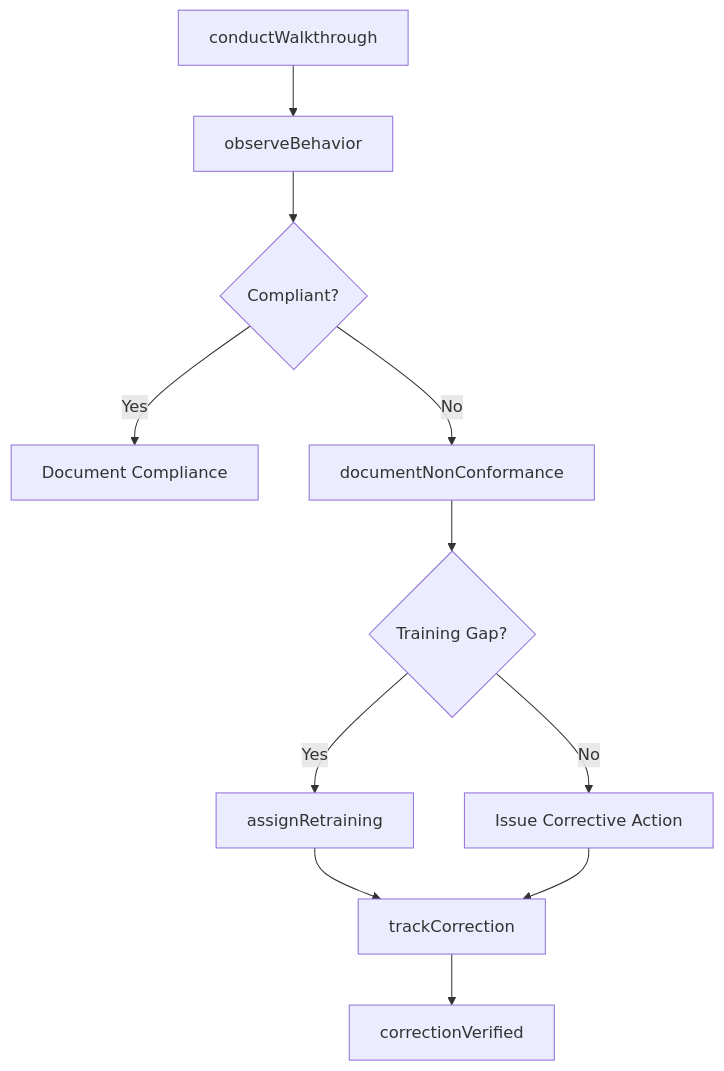
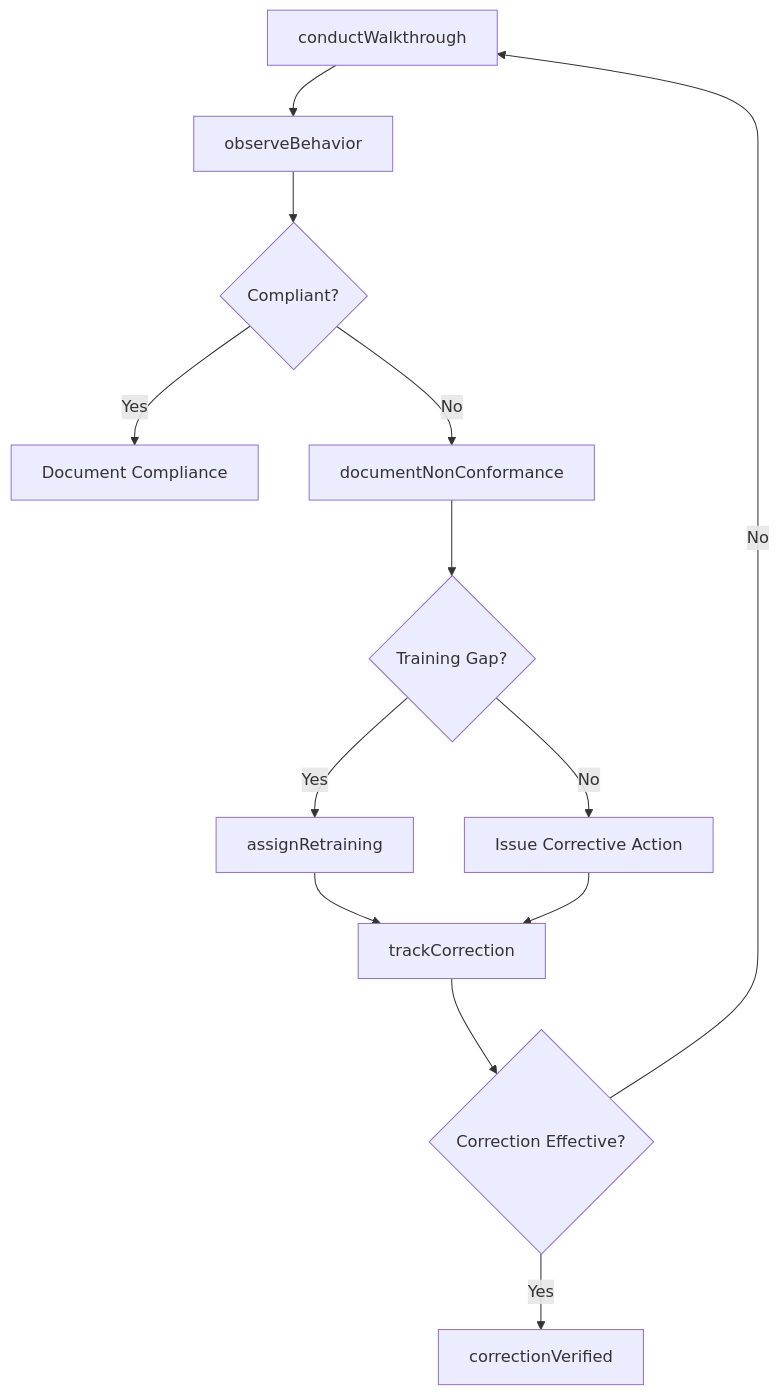
One commit to dot-org-ai/tasks.org.ai changed the third of 4 diagrams in MonitoringProcessesMaterialsOrSurroundings/MonitorSafetyOrSecurityOfWorkAreasFacilitiesOrProperties/MonitorWorkAreasProceduresEnsure.mdx. Above: the diagram before and after it, drawn with Mermaid. The commit also changed other lines of this file and 307 other files, not shown here.

First line of the commit message:
feat: Add ER diagrams and state diagrams to remaining 308 DWA task files (wave 3 complete)

````diff
--- a/MonitoringProcessesMaterialsOrSurroundings/MonitorSafetyOrSecurityOfWorkAreasFacilitiesOrProperties/MonitorWorkAreasProceduresEnsure.mdx
+++ b/MonitoringProcessesMaterialsOrSurroundings/MonitorSafetyOrSecurityOfWorkAreasFacilitiesOrProperties/MonitorWorkAreasProceduresEnsure.mdx
@@ -86,13 +115,15 @@
 ```mermaid
 graph TD
     A[conductWalkthrough] --> B[observeBehavior]
     B --> C{Compliant?}
     C -->|Yes| D[Document Compliance]
     C -->|No| E[documentNonConformance]
     E --> F{Training Gap?}
     F -->|Yes| G[assignRetraining]
     F -->|No| H[Issue Corrective Action]
     G --> I[trackCorrection]
     H --> I
-    I --> J[correctionVerified]
+    I --> J{Correction Effective?}
+    J -->|Yes| K[correctionVerified]
+    J -->|No| A
 ```
````
